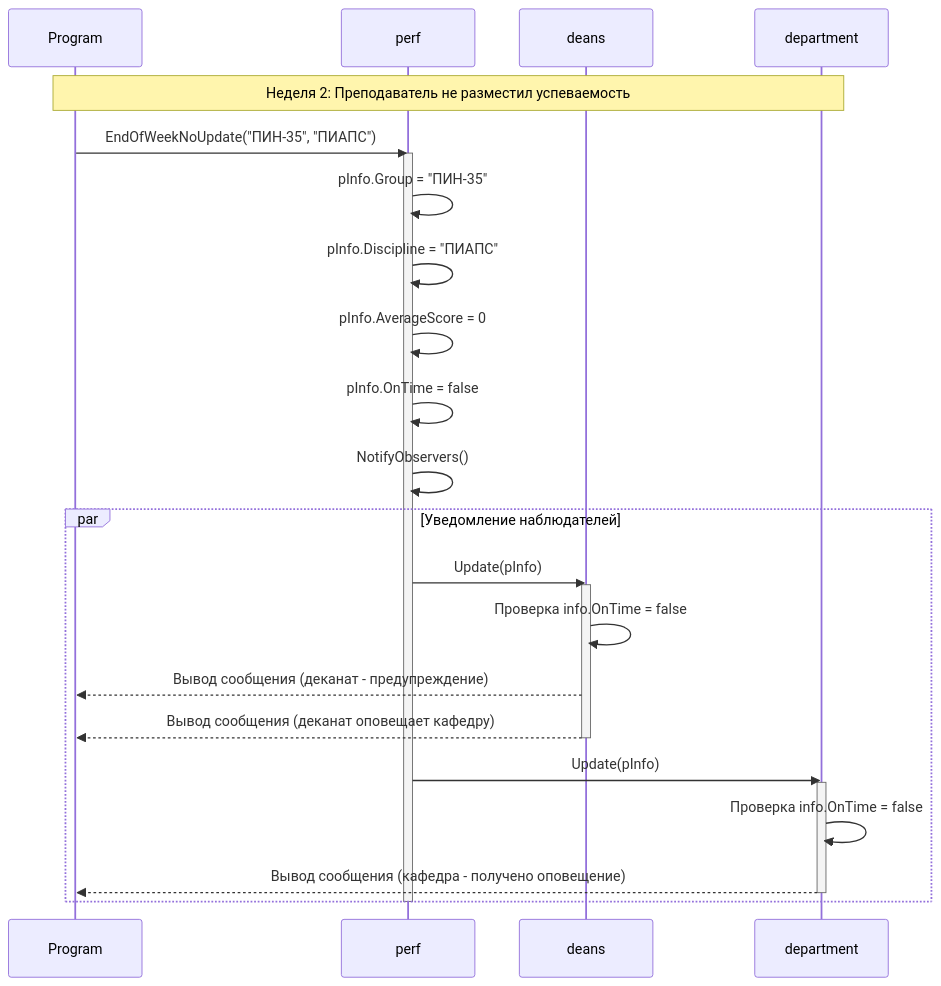
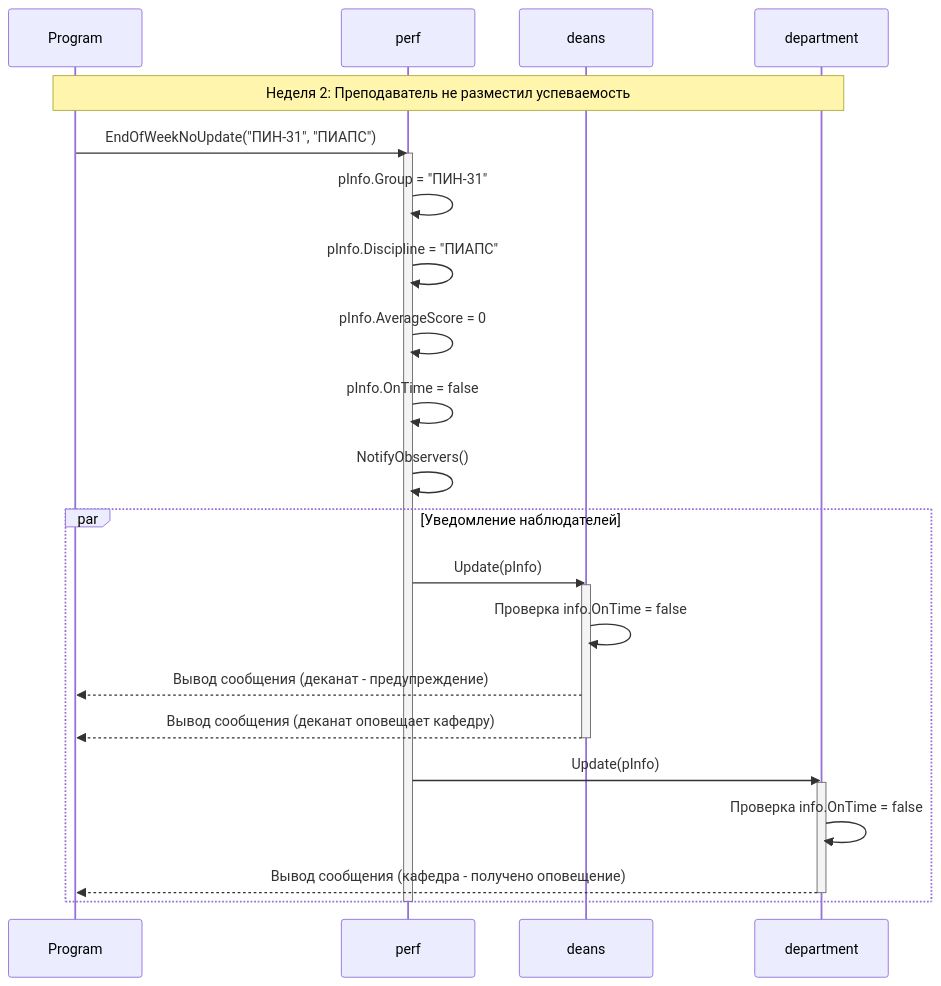
The third of 3 diagrams in diagrams.md (VLADYAAA/paps6), drawn with Mermaid before and after one commit. The commit also changed other lines of this file, not shown here.

````diff
--- a/diagrams.md
+++ b/diagrams.md
@@ -115,32 +115,32 @@
 ```mermaid
 sequenceDiagram
     participant Program
     participant PerformanceSubject as perf
     participant DeansOffice as deans
     participant Department as department
     
     Note over Program,Department: Неделя 2: Преподаватель не разместил успеваемость
-    Program->>PerformanceSubject: EndOfWeekNoUpdate("ПИН-35", "ПИАПС")
+    Program->>PerformanceSubject: EndOfWeekNoUpdate("ПИН-31", "ПИАПС")
     activate PerformanceSubject
-    PerformanceSubject->>PerformanceSubject: pInfo.Group = "ПИН-35"
+    PerformanceSubject->>PerformanceSubject: pInfo.Group = "ПИН-31"
     PerformanceSubject->>PerformanceSubject: pInfo.Discipline = "ПИАПС"
     PerformanceSubject->>PerformanceSubject: pInfo.AverageScore = 0
     PerformanceSubject->>PerformanceSubject: pInfo.OnTime = false
     PerformanceSubject->>PerformanceSubject: NotifyObservers()
     
     par Уведомление наблюдателей
         PerformanceSubject->>DeansOffice: Update(pInfo)
         activate DeansOffice
         DeansOffice->>DeansOffice: Проверка info.OnTime = false
         DeansOffice-->>Program: Вывод сообщения (деканат - предупреждение)
         DeansOffice-->>Program: Вывод сообщения (деканат оповещает кафедру)
         deactivate DeansOffice
         
         PerformanceSubject->>Department: Update(pInfo)
         activate Department
         Department->>Department: Проверка info.OnTime = false
         Department-->>Program: Вывод сообщения (кафедра - получено оповещение)
         deactivate Department
     end
     deactivate PerformanceSubject
 ```
````
